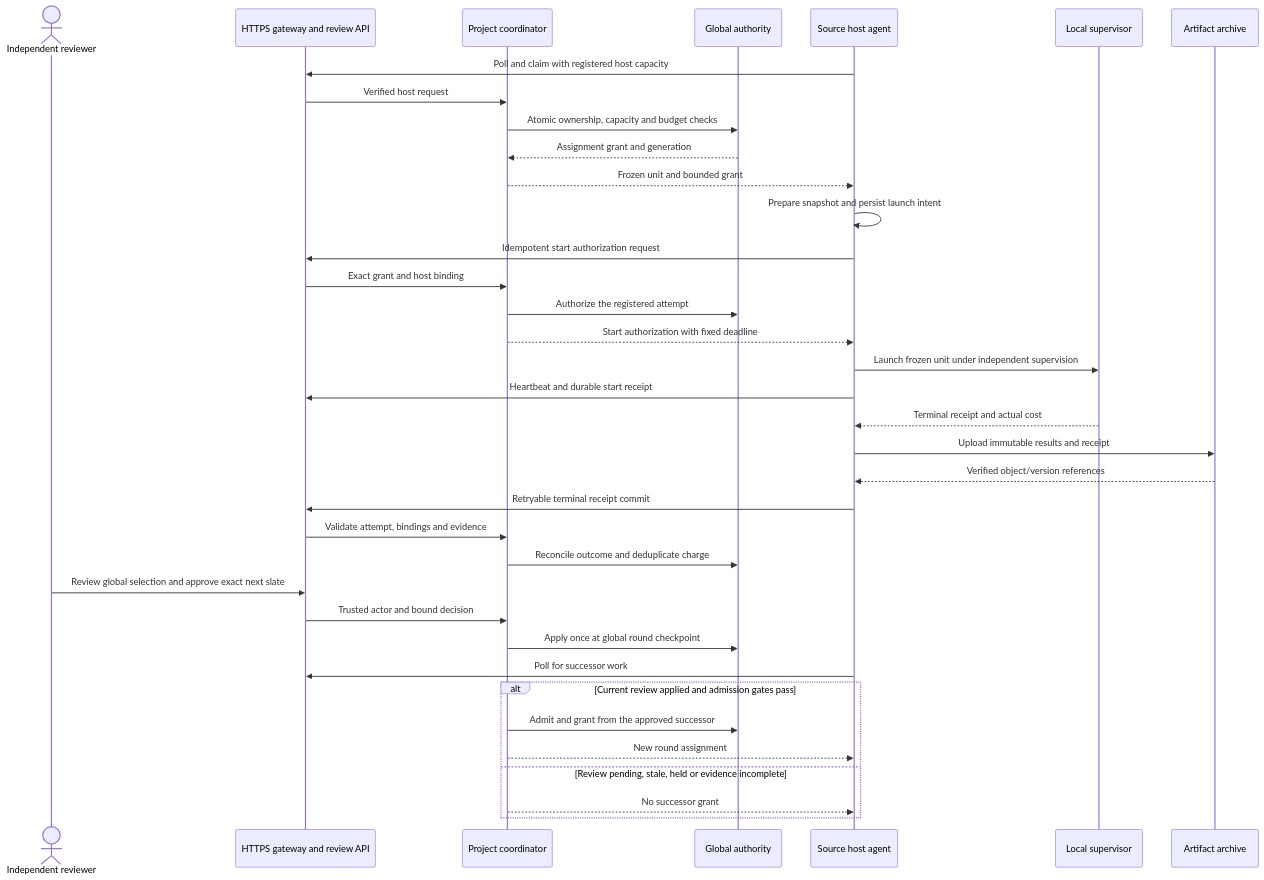
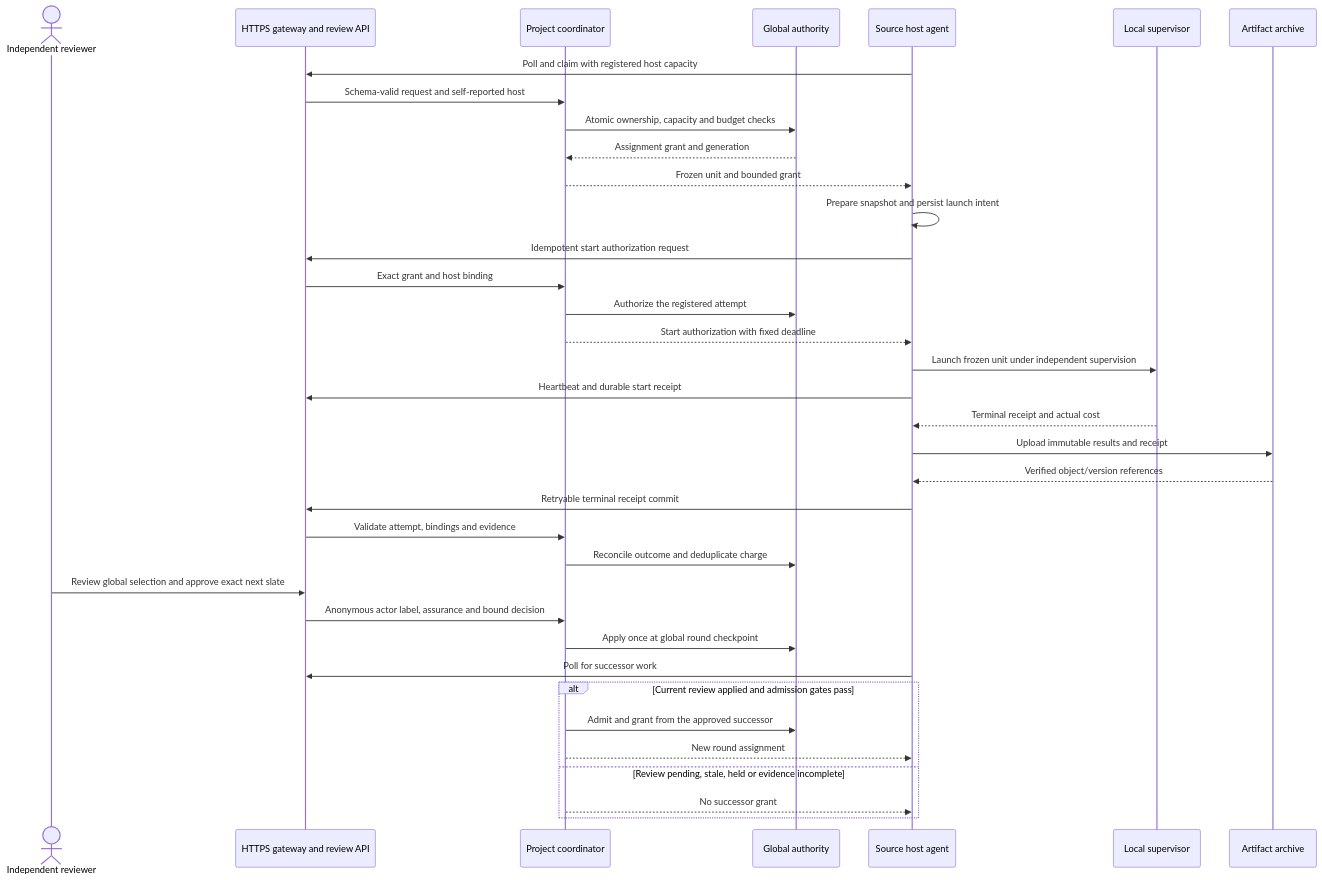
One commit to hotneutron/autoresearch changed the sixth of 7 diagrams in .plan/261028-1205-host-review-dashboard-over-https.md. Above: the diagram before and after it, drawn with Mermaid. The commit also changed other lines of this file and 62 other files, not shown here.

````diff
--- a/.plan/261028-1205-host-review-dashboard-over-https.md
+++ b/.plan/261028-1205-host-review-dashboard-over-https.md
@@ -557,38 +599,38 @@
 ```mermaid
 sequenceDiagram
     actor R as Independent reviewer
     participant H as HTTPS gateway and review API
     participant C as Project coordinator
     participant G as Global authority
     participant A as Source host agent
     participant S as Local supervisor
     participant O as Artifact archive
     A->>H: Poll and claim with registered host capacity
-    H->>C: Verified host request
+    H->>C: Schema-valid request and self-reported host
     C->>G: Atomic ownership, capacity and budget checks
     G-->>C: Assignment grant and generation
     C-->>A: Frozen unit and bounded grant
     A->>A: Prepare snapshot and persist launch intent
     A->>H: Idempotent start authorization request
     H->>C: Exact grant and host binding
     C->>G: Authorize the registered attempt
     C-->>A: Start authorization with fixed deadline
     A->>S: Launch frozen unit under independent supervision
     A->>H: Heartbeat and durable start receipt
     S-->>A: Terminal receipt and actual cost
     A->>O: Upload immutable results and receipt
     O-->>A: Verified object/version references
     A->>H: Retryable terminal receipt commit
     H->>C: Validate attempt, bindings and evidence
     C->>G: Reconcile outcome and deduplicate charge
     R->>H: Review global selection and approve exact next slate
-    H->>C: Trusted actor and bound decision
+    H->>C: Anonymous actor label, assurance and bound decision
     C->>G: Apply once at global round checkpoint
     A->>H: Poll for successor work
     alt Current review applied and admission gates pass
         C->>G: Admit and grant from the approved successor
         C-->>A: New round assignment
     else Review pending, stale, held or evidence incomplete
         C-->>A: No successor grant
     end
 ```
````
